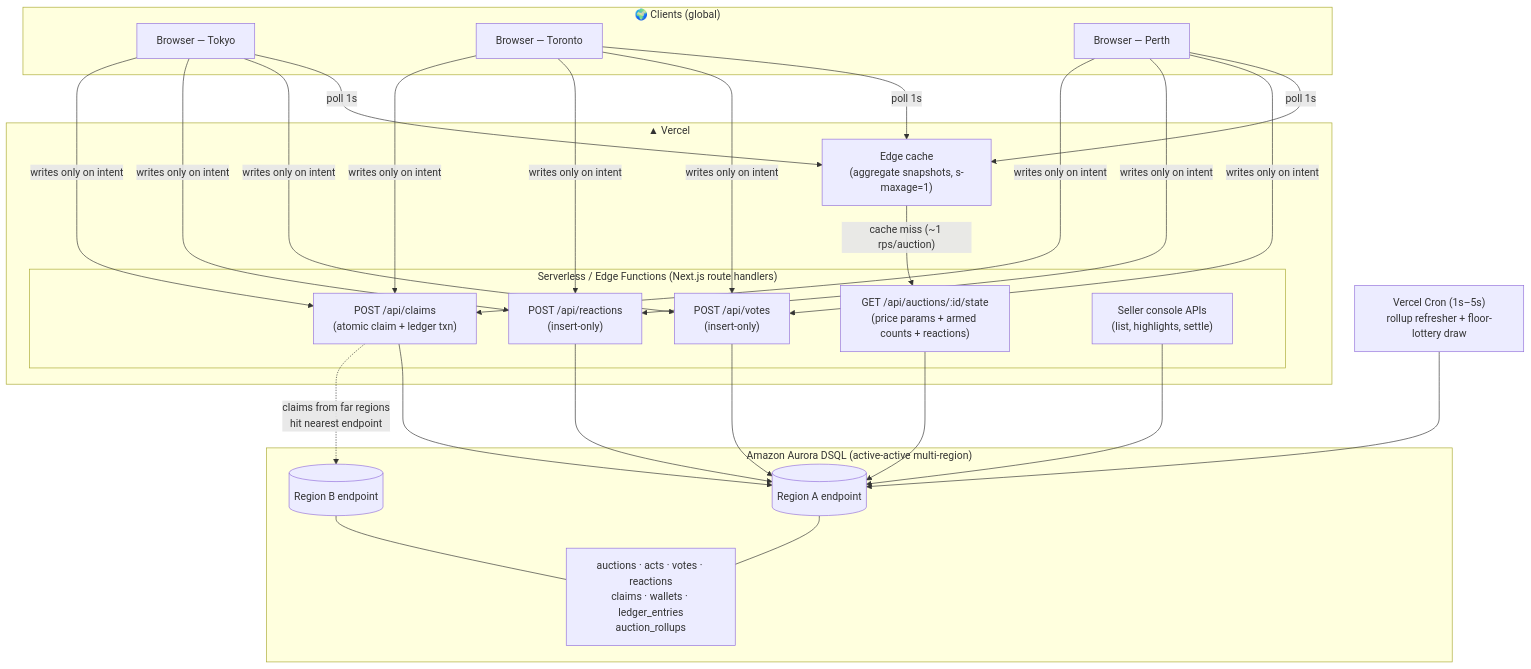
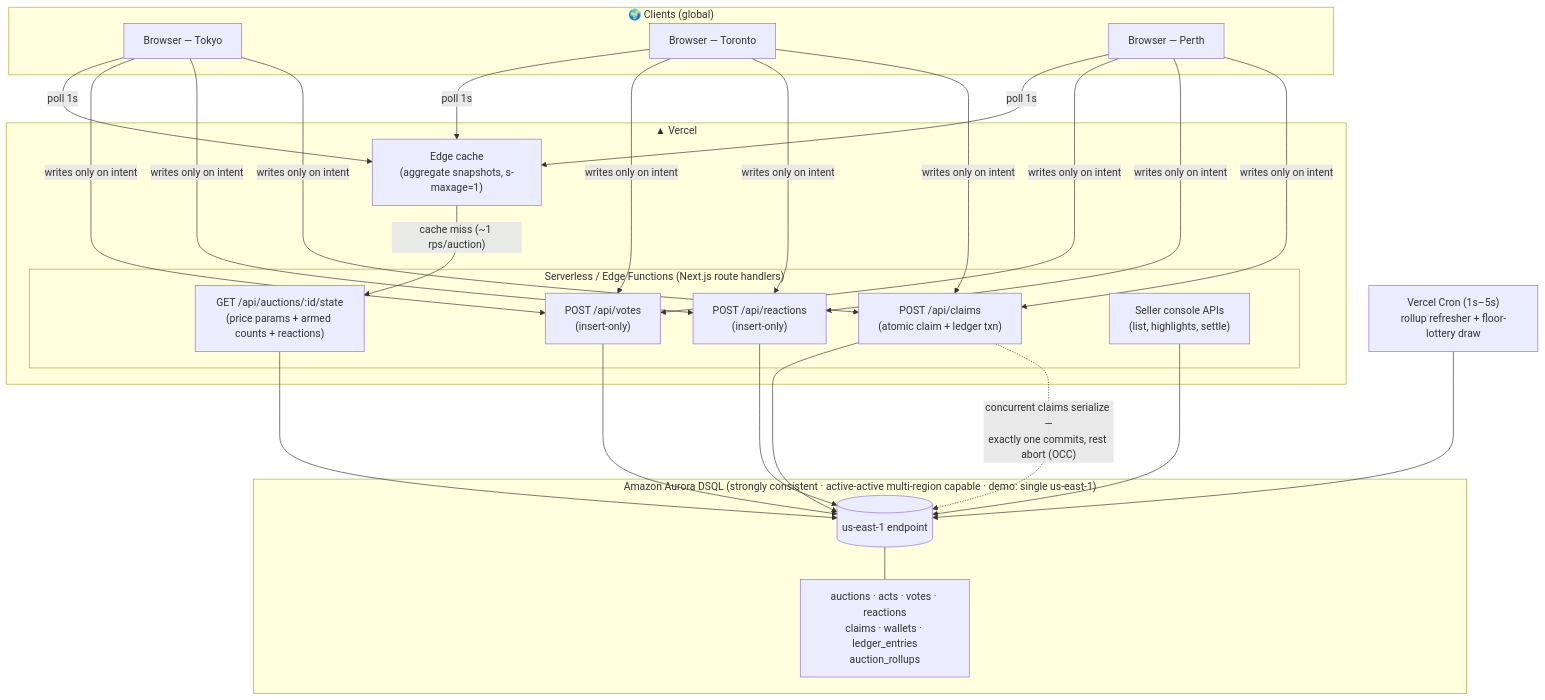
Before and after one commit to jwlai-cloud/schrodingers-auction: the first of 3 diagrams in docs/ARCHITECTURE.md, drawn with Mermaid. The commit also changed other lines of this file and 4 other files, not shown here.

First line of the commit message:
docs: scope DSQL claims to single-region demo

````diff
--- a/docs/ARCHITECTURE.md
+++ b/docs/ARCHITECTURE.md
@@ -30,36 +32,34 @@
 ```mermaid
 flowchart TB
     subgraph Clients["🌍 Clients (global)"]
         B1["Browser — Tokyo"]
         B2["Browser — Toronto"]
         B3["Browser — Perth"]
     end
 
     subgraph Vercel["▲ Vercel"]
         EDGE["Edge cache\n(aggregate snapshots, s-maxage=1)"]
         subgraph Fns["Serverless / Edge Functions (Next.js route handlers)"]
             AGG["GET /api/auctions/:id/state\n(price params + armed counts + reactions)"]
             VOTE["POST /api/votes\n(insert-only)"]
             REACT["POST /api/reactions\n(insert-only)"]
             CLAIM["POST /api/claims\n(atomic claim + ledger txn)"]
             SELL["Seller console APIs\n(list, highlights, settle)"]
         end
     end
 
-    subgraph DSQL["Amazon Aurora DSQL (active-active multi-region)"]
-        R1[("Region A endpoint")]
-        R2[("Region B endpoint")]
+    subgraph DSQL["Amazon Aurora DSQL (strongly consistent · active-active multi-region capable · demo: single us-east-1)"]
+        R1[("us-east-1 endpoint")]
         DATA["auctions · acts · votes · reactions\nclaims · wallets · ledger_entries\nauction_rollups"]
         R1 --- DATA
-        R2 --- DATA
     end
 
     CRON["Vercel Cron (1s–5s)\nrollup refresher + floor-lottery draw"]
 
     B1 & B2 & B3 -->|"poll 1s"| EDGE
     EDGE -->|"cache miss (~1 rps/auction)"| AGG
     B1 & B2 & B3 -->|"writes only on intent"| VOTE & REACT & CLAIM
     AGG & VOTE & REACT & CLAIM & SELL --> R1
-    CLAIM -.->|"claims from far regions\nhit nearest endpoint"| R2
+    CLAIM -.->|"concurrent claims serialize —\nexactly one commits, rest abort (OCC)"| R1
     CRON --> R1
 ```
````
